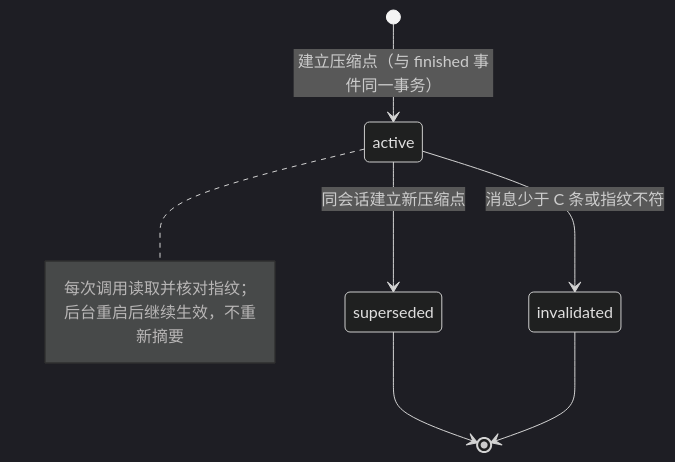
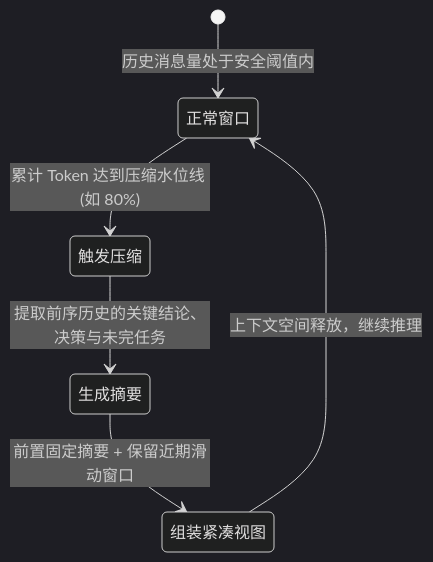
The first of 2 diagrams in docs/modules/agent-context.md (num-lab/Ruukoto), drawn with Mermaid (dark theme) before and after one commit. The commit also changed other lines of this file and 19 other files, not shown here.

````diff
--- a/docs/modules/agent-context.md
+++ b/docs/modules/agent-context.md
@@ -60,11 +32,8 @@
 ```mermaid
 stateDiagram-v2
-  [*] --> active: 建立压缩点（与 finished 事件同一事务）
-  active --> superseded: 同会话建立新压缩点
-  active --> invalidated: 消息少于 C 条或指纹不符
-  superseded --> [*]
-  invalidated --> [*]
-  note right of active
-    每次调用读取并核对指纹；后台重启后继续生效，不重新摘要
-  end note
+  [*] --> 正常窗口: 历史消息量处于安全阈值内
+  正常窗口 --> 触发压缩: 累计 Token 达到压缩水位线 (如 80%)
+  触发压缩 --> 生成摘要: 提取前序历史的关键结论、决策与未完任务
+  生成摘要 --> 组装紧凑视图: 前置固定摘要 + 保留近期滑动窗口
+  组装紧凑视图 --> 正常窗口: 上下文空间释放，继续推理
 ```
````
